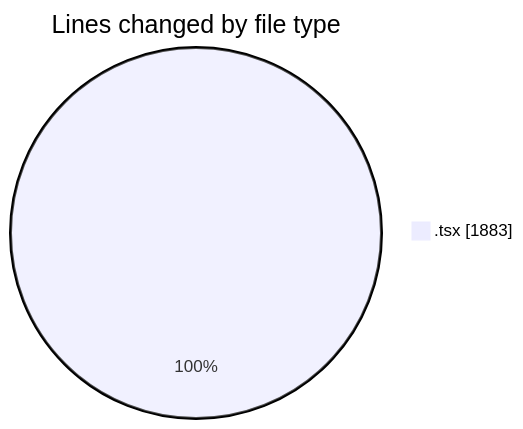
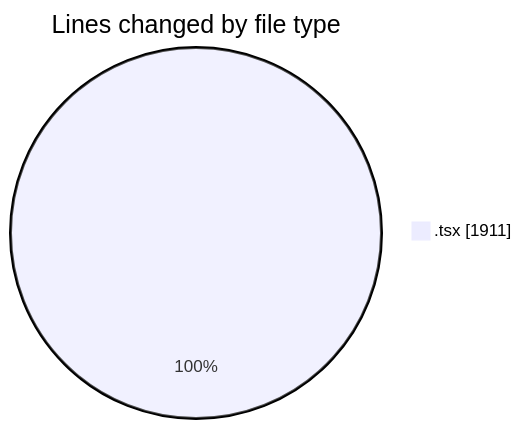
Before and after one commit to nxtqubesakshisongat/code-tracking: the first of 2 diagrams in 2026-02-09/nxtqube_webapp/README.md, drawn with Mermaid. The commit also changed other lines of this file and 1 other file, not shown here.

````diff
--- a/2026-02-09/nxtqube_webapp/README.md
+++ b/2026-02-09/nxtqube_webapp/README.md
@@ -22,5 +22,5 @@
 ```mermaid
 pie showData
 title Lines changed by file type
-".tsx" : 1883
+".tsx" : 1911
 ```
````
